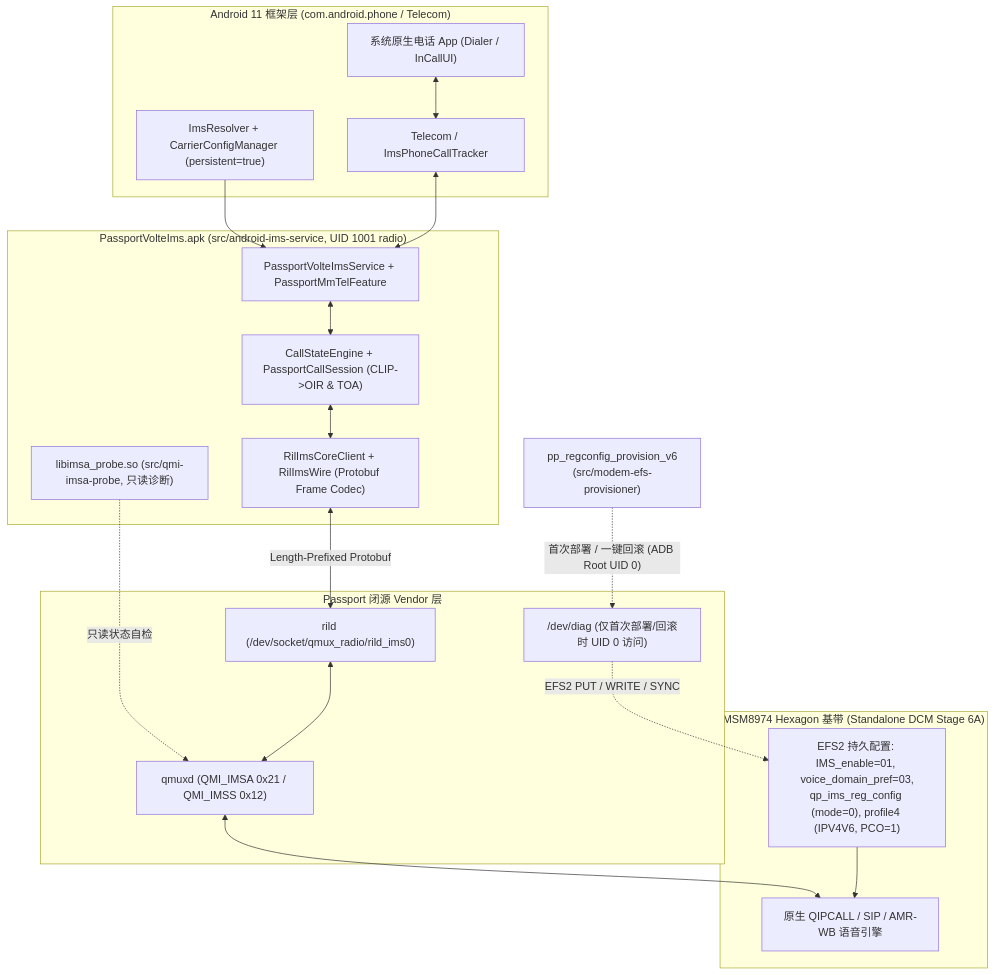
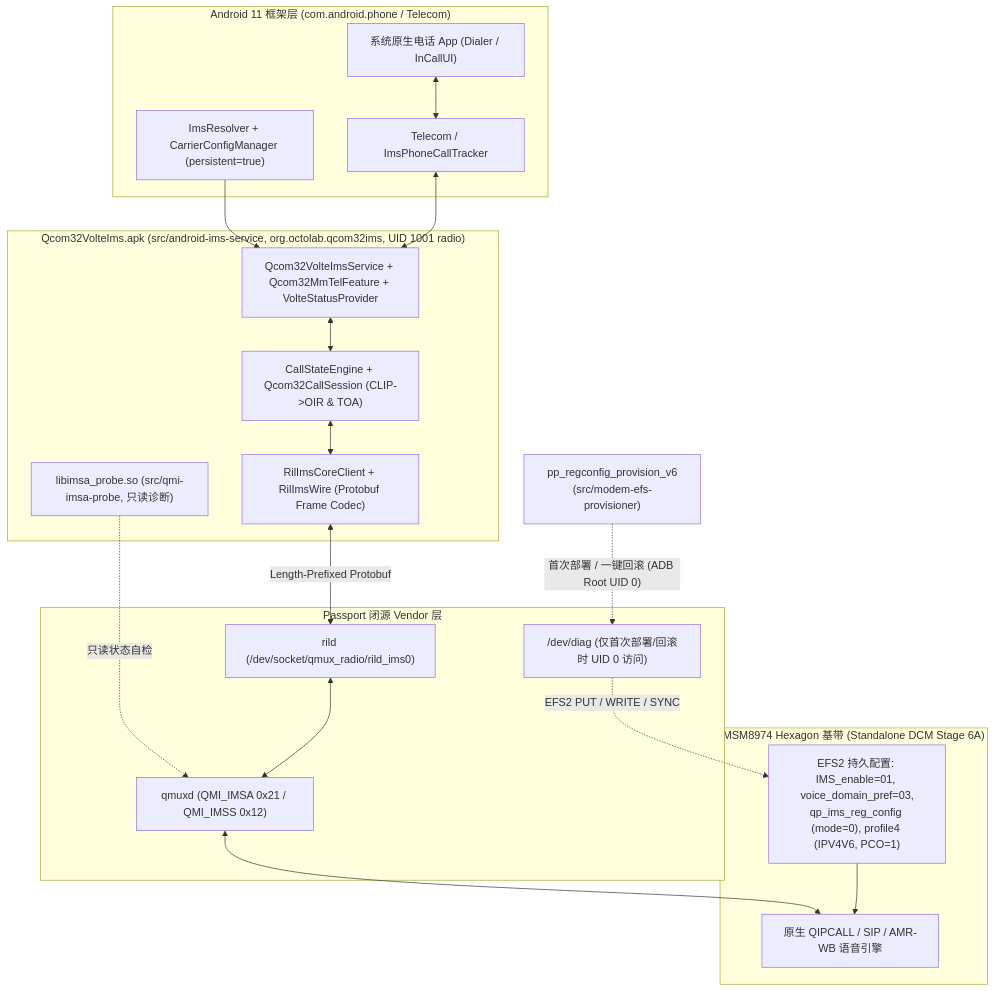
One commit to Octo-o-o-o/qcom32-volte changed the diagram in docs/guide/ARCHITECTURE.md. Above: the diagram before and after it, drawn with Mermaid. The commit also changed other lines of this file and 51 other files, not shown here.

Commit message:
feat!: generalize stack to qcom32-volte v1.1.0-r1 with verified profile registry and zero-su status provider

````diff
--- a/docs/guide/ARCHITECTURE.md
+++ b/docs/guide/ARCHITECTURE.md
@@ -25,40 +25,40 @@
 ```mermaid
 flowchart TD
     subgraph Android11["Android 11 框架层 (com.android.phone / Telecom)"]
         Dialer["系统原生电话 App (Dialer / InCallUI)"]
         Telecom["Telecom / ImsPhoneCallTracker"]
         Resolver["ImsResolver + CarrierConfigManager (persistent=true)"]
     end
 
-    subgraph Bridge["PassportVolteIms.apk (src/android-ims-service, UID 1001 radio)"]
-        Svc["PassportVolteImsService + PassportMmTelFeature"]
-        Engine["CallStateEngine + PassportCallSession (CLIP->OIR & TOA)"]
+    subgraph Bridge["Qcom32VolteIms.apk (src/android-ims-service, org.octolab.qcom32ims, UID 1001 radio)"]
+        Svc["Qcom32VolteImsService + Qcom32MmTelFeature + VolteStatusProvider"]
+        Engine["CallStateEngine + Qcom32CallSession (CLIP->OIR & TOA)"]
         Wire["RilImsCoreClient + RilImsWire (Protobuf Frame Codec)"]
         Probe["libimsa_probe.so (src/qmi-imsa-probe, 只读诊断)"]
     end
 
     subgraph Vendor["Passport 闭源 Vendor 层"]
         Rild["rild (/dev/socket/qmux_radio/rild_ims0)"]
         Qmuxd["qmuxd (QMI_IMSA 0x21 / QMI_IMSS 0x12)"]
         Diag["/dev/diag (仅首次部署/回滚时 UID 0 访问)"]
     end
 
     subgraph Modem["MSM8974 Hexagon 基带 (Standalone DCM Stage 6A)"]
         EFS["EFS2 持久配置: IMS_enable=01, voice_domain_pref=03,\nqp_ims_reg_config (mode=0), profile4 (IPV4V6, PCO=1)"]
         SIP["原生 QIPCALL / SIP / AMR-WB 语音引擎"]
     end
 
     Prov["pp_regconfig_provision_v6\n(src/modem-efs-provisioner)"] -. "首次部署 / 一键回滚 (ADB Root UID 0)" .-> Diag
     Diag -. "EFS2 PUT / WRITE / SYNC" .-> EFS
 
     Dialer <--> Telecom
     Resolver --> Svc
     Telecom <--> Svc
     Svc <--> Engine
     Engine <--> Wire
     Wire <-->|"Length-Prefixed Protobuf"| Rild
     Probe -. "只读状态自检" .-> Qmuxd
     Rild <--> Qmuxd
     Qmuxd <--> SIP
     EFS --> SIP
 ```
````
